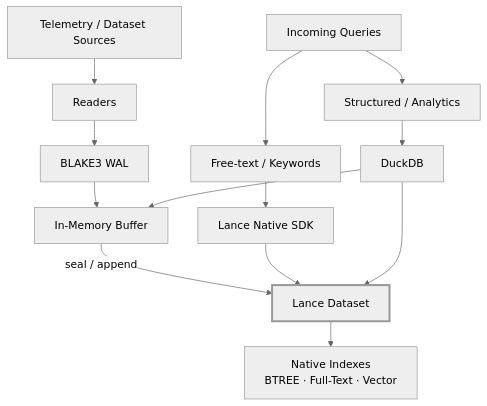
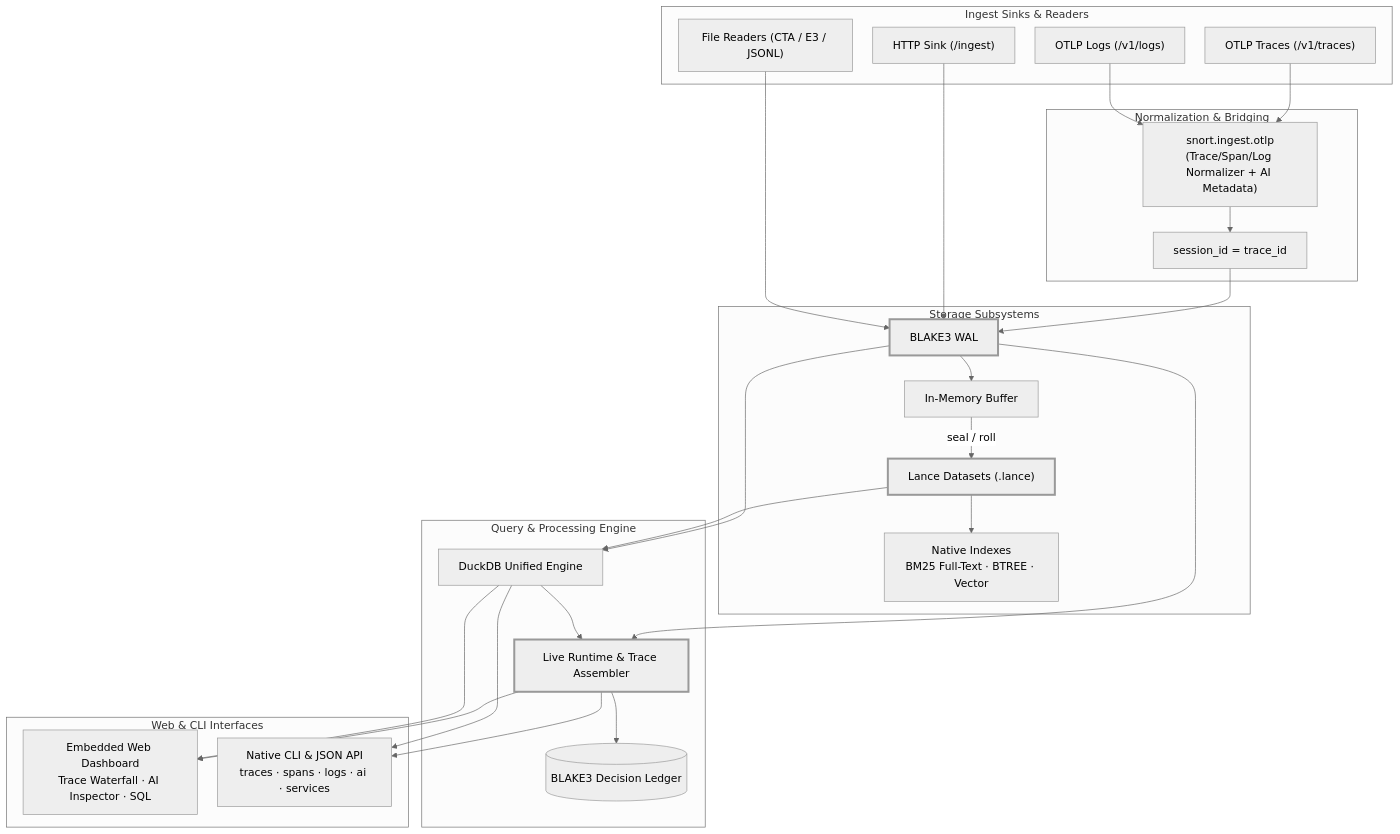
Before and after one commit to maceip/snort: the diagram in README.md, drawn with Mermaid. The commit also changed other lines of this file and 6 other files, not shown here.

Commit message:
feat: add OTLP trace and log ingest, interactive web waterfall, AI inspector, and native CLI commands

````diff
--- a/README.md
+++ b/README.md
@@ -21,35 +23,56 @@
 ```mermaid
 ---
 config:
   theme: neutral
   flowchart:
     curve: basis
     nodeSpacing: 30
     rankSpacing: 38
 ---
 flowchart TB
 
-    SRC["Telemetry / Dataset Sources"]
-    Q["Incoming Queries"]
+    subgraph INGEST["Ingest Sinks & Readers"]
+        OTEL_T["OTLP Traces (/v1/traces)"]
+        OTEL_L["OTLP Logs (/v1/logs)"]
+        RAW_JSON["HTTP Sink (/ingest)"]
+        READ["File Readers (CTA / E3 / JSONL)"]
+    end
 
-    SRC --> READ["Readers"]
-    READ --> WAL["BLAKE3 WAL"]
-    WAL --> BUF["In-Memory Buffer"]
+    subgraph NORM["Normalization & Bridging"]
+        OTLP_ADP["snort.ingest.otlp<br/>(Trace/Span/Log Normalizer + AI Metadata)"]
+        ANCHOR["session_id = trace_id"]
+    end
 
-    Q --> TEXT["Free-text / Keywords"]
-    Q --> SQL["Structured / Analytics"]
+    subgraph STORAGE["Storage Subsystems"]
+        WAL["BLAKE3 WAL"]
+        BUF["In-Memory Buffer"]
+        LANCE["Lance Datasets (.lance)"]
+        INDEX["Native Indexes<br/>BM25 Full-Text · BTREE · Vector"]
+    end
 
-    TEXT --> SDK["Lance Native SDK"]
-    SQL --> DUCK["DuckDB"]
+    subgraph ENGINE["Query & Processing Engine"]
+        DUCK["DuckDB Unified Engine"]
+        RUNTIME["Live Runtime & Trace Assembler"]
+        LEDGER[("BLAKE3 Decision Ledger")]
+    end
 
-    BUF -->|"seal / append"| LANCE["Lance Dataset"]
-    SDK --> LANCE
-    DUCK --> BUF
-    DUCK --> LANCE
+    subgraph INTERFACES["Web & CLI Interfaces"]
+        DASH["Embedded Web Dashboard<br/>Trace Waterfall · AI Inspector · SQL"]
+        CLI["Native CLI & JSON API<br/>traces · spans · logs · ai · services"]
+    end
 
-    LANCE --> INDEX["Native Indexes
-    BTREE · Full-Text · Vector"]
+    OTEL_T & OTEL_L --> OTLP_ADP
+    OTLP_ADP --> ANCHOR
+    ANCHOR & RAW_JSON & READ --> WAL
+    WAL --> BUF
+    BUF -->|"seal / roll"| LANCE
+    LANCE --> INDEX
+    WAL & LANCE --> DUCK
+    WAL & DUCK --> RUNTIME
+    RUNTIME --> LEDGER
+    RUNTIME & DUCK --> DASH
+    RUNTIME & DUCK --> CLI
 
     classDef focus stroke-width:3px
-    class LANCE focus
+    class LANCE,WAL,RUNTIME focus
 ```
````
